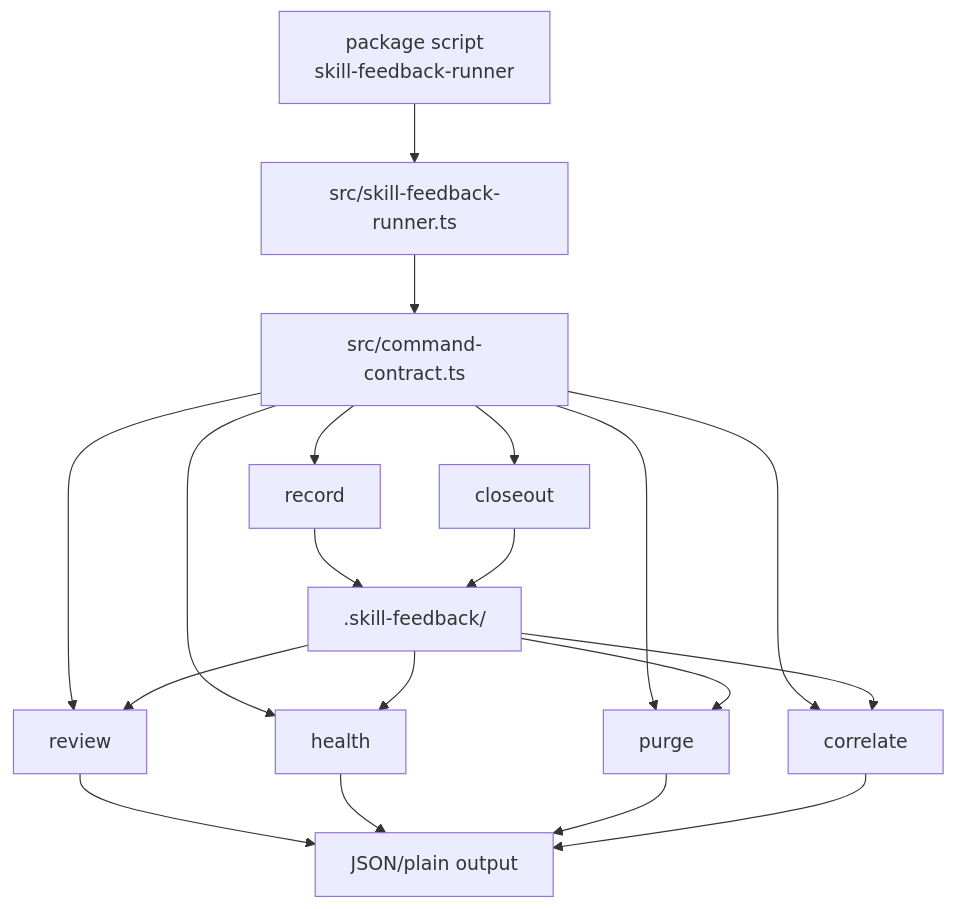
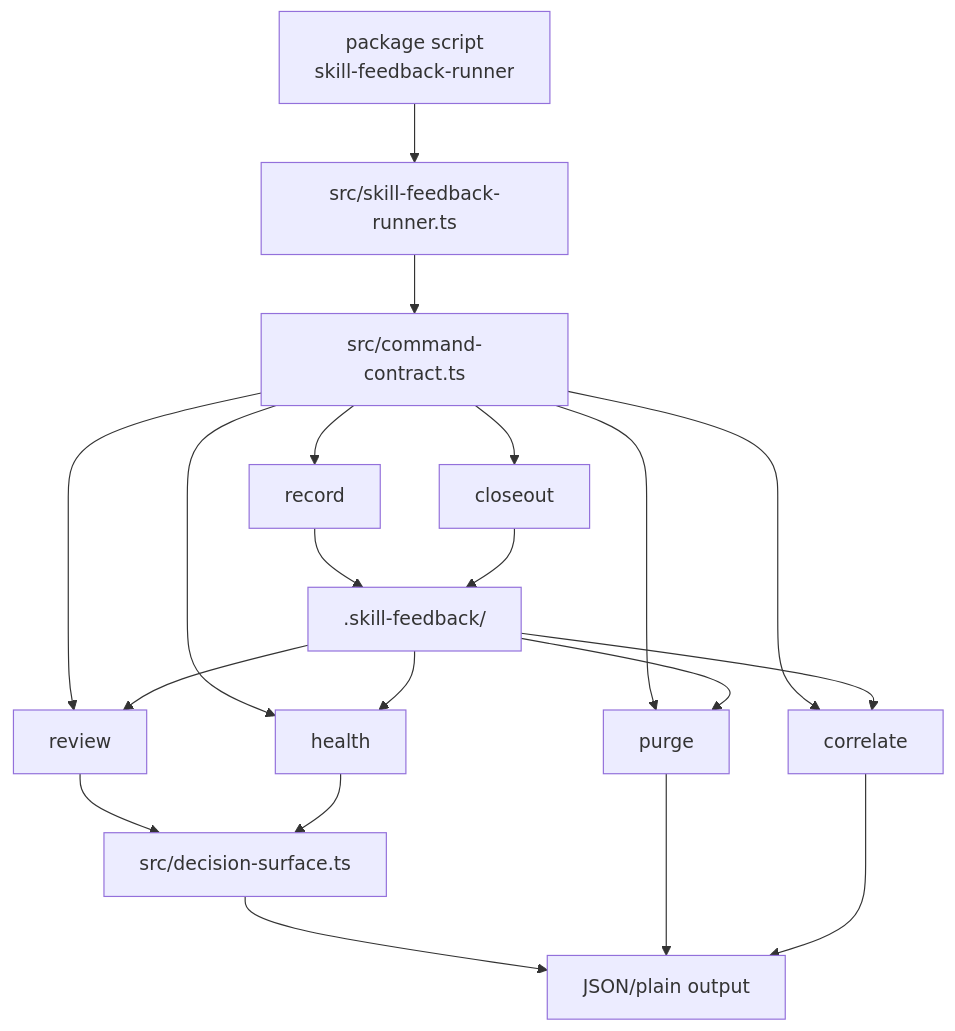
One commit to nathanvale/claude-code-config changed the first of 5 diagrams in skills/skill-feedback/ARCHITECTURE.md. Above: the diagram before and after it, drawn with Mermaid. The commit also changed other lines of this file and 37 other files, not shown here.

````diff
--- a/skills/skill-feedback/ARCHITECTURE.md
+++ b/skills/skill-feedback/ARCHITECTURE.md
@@ -39,21 +41,22 @@
 ```mermaid
 flowchart TD
   Script["package script<br/>skill-feedback-runner"] --> Runner["src/skill-feedback-runner.ts"]
   Runner --> Contract["src/command-contract.ts"]
   Contract --> Record["record"]
   Contract --> Closeout["closeout"]
   Contract --> Review["review"]
   Contract --> Health["health"]
   Contract --> Purge["purge"]
   Contract --> Correlate["correlate"]
   Record --> Inbox[".skill-feedback/"]
   Closeout --> Inbox
   Inbox --> Review
   Inbox --> Health
   Inbox --> Purge
   Inbox --> Correlate
-  Review --> Output["JSON/plain output"]
-  Health --> Output
+  Review --> Surface["src/decision-surface.ts"]
+  Health --> Surface
+  Surface --> Output["JSON/plain output"]
   Purge --> Output
   Correlate --> Output
 ```
````
